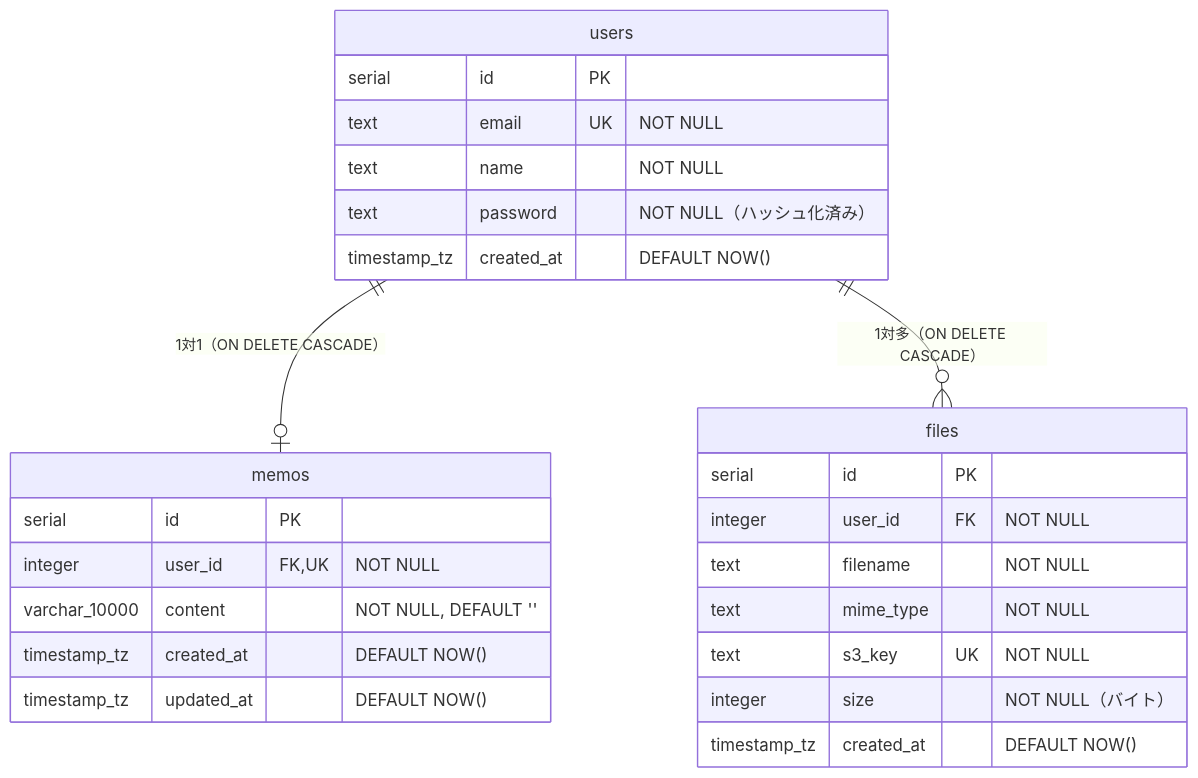
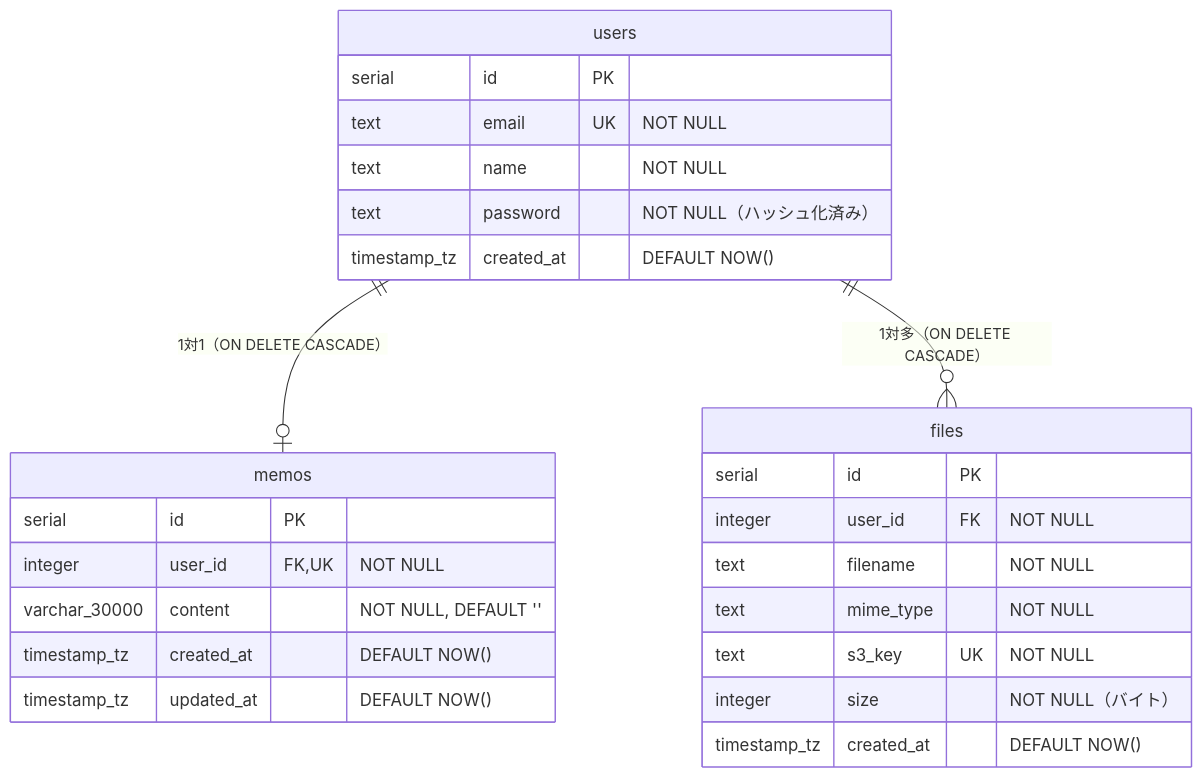
Before and after one commit to aoto-me/toolbox-app: the diagram in docs/specs/db-design.md, drawn with Mermaid. The commit also changed other lines of this file and 8 other files, not shown here.

````diff
--- a/docs/specs/db-design.md
+++ b/docs/specs/db-design.md
@@ -5,29 +5,29 @@
 ```mermaid
 erDiagram
   users {
     serial id PK
     text email UK "NOT NULL"
     text name "NOT NULL"
     text password "NOT NULL（ハッシュ化済み）"
     timestamp_tz created_at "DEFAULT NOW()"
   }
   memos {
     serial id PK
     integer user_id FK,UK "NOT NULL"
-    varchar_10000 content "NOT NULL, DEFAULT ''"
+    varchar_30000 content "NOT NULL, DEFAULT ''"
     timestamp_tz created_at "DEFAULT NOW()"
     timestamp_tz updated_at "DEFAULT NOW()"
   }
   files {
     serial id PK
     integer user_id FK "NOT NULL"
     text filename "NOT NULL"
     text mime_type "NOT NULL"
     text s3_key UK "NOT NULL"
     integer size "NOT NULL（バイト）"
     timestamp_tz created_at "DEFAULT NOW()"
   }
 
   users ||--o| memos : "1対1（ON DELETE CASCADE）"
   users ||--o{ files : "1対多（ON DELETE CASCADE）"
 ```
````
